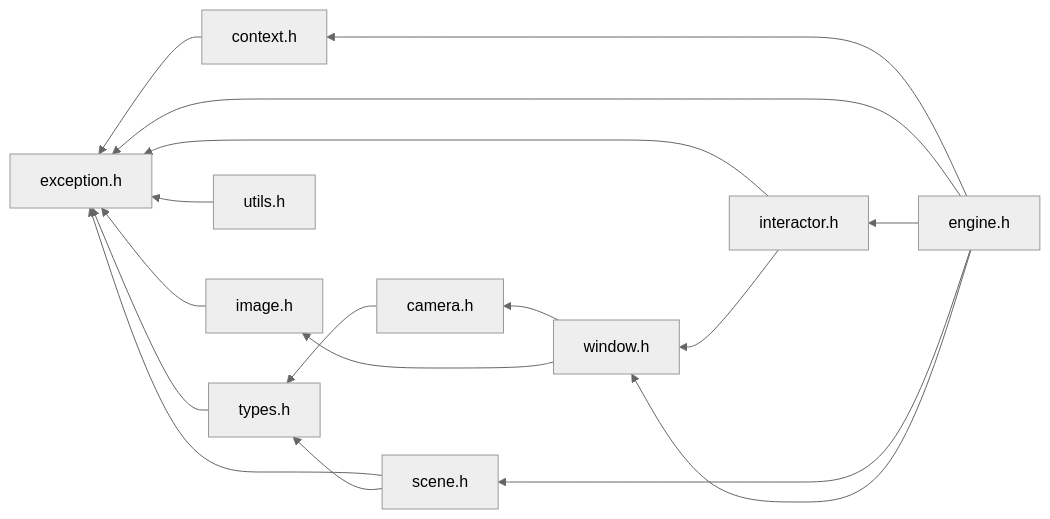
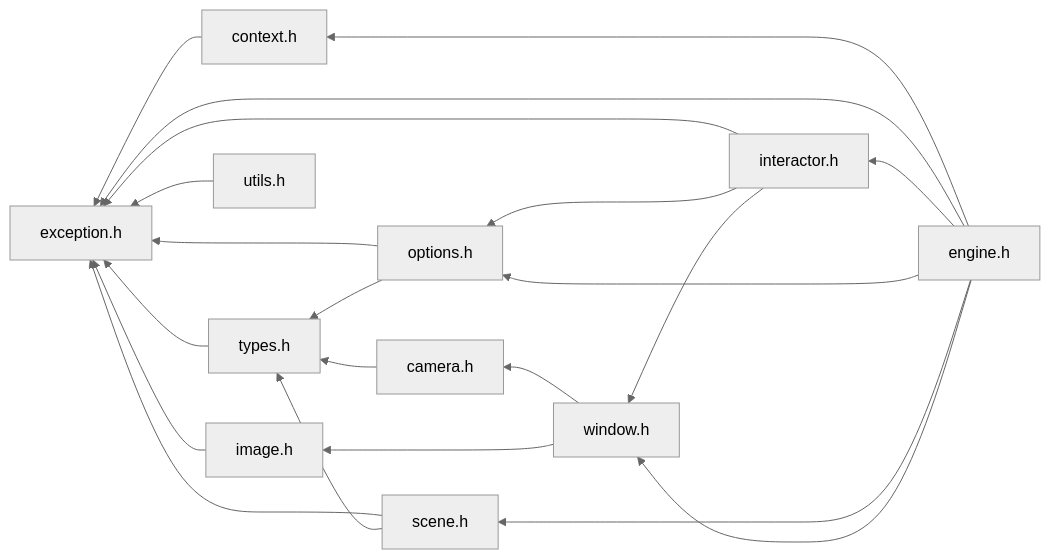
The diagram in docs/api/exception_8h.md (f3d-app/f3d-website), drawn with Mermaid (neutral theme) before and after one commit. The commit also changed other lines of this file and 105 other files, not shown here.

````diff
--- a/docs/api/exception_8h.md
+++ b/docs/api/exception_8h.md
@@ -30,49 +31,56 @@
 ```mermaid
 graph RL
-9["camera.h"]
-click 9 "camera_8h_source.md#camera_8h_source"
-5 --> 9
+10["camera.h"]
+click 10 "camera_8h_source.md#camera_8h_source"
+5 --> 10
 
 2["context.h"]
 click 2 "context_8h_source.md#context_8h_source"
 3 --> 2
 
 3["engine.h"]
 click 3 "engine_8h_source.md#engine_8h_source"
 
 1["exception.h"]
 click 1 "exception_8h.md#exception_8h"
 2 --> 1
 3 --> 1
 4 --> 1
 6 --> 1
 7 --> 1
 8 --> 1
-10 --> 1
+9 --> 1
+11 --> 1
 
 4["image.h"]
 click 4 "image_8h_source.md#image_8h_source"
 5 --> 4
 
 6["interactor.h"]
 click 6 "interactor_8h_source.md#interactor_8h_source"
 3 --> 6
 
-7["scene.h"]
-click 7 "scene_8h_source.md#scene_8h_source"
+7["options.h"]
+click 7 "options_8h_source.md#options_8h_source"
 3 --> 7
+6 --> 7
 
-8["types.h"]
-click 8 "types_8h_source.md#types_8h_source"
-9 --> 8
-7 --> 8
+8["scene.h"]
+click 8 "scene_8h_source.md#scene_8h_source"
+3 --> 8
 
-10["utils.h"]
-click 10 "utils_8h_source.md#utils_8h_source"
+9["types.h"]
+click 9 "types_8h_source.md#types_8h_source"
+10 --> 9
+7 --> 9
+8 --> 9
+
+11["utils.h"]
+click 11 "utils_8h_source.md#utils_8h_source"
 
 5["window.h"]
 click 5 "window_8h_source.md#window_8h_source"
 3 --> 5
 6 --> 5
 
 ```
````
